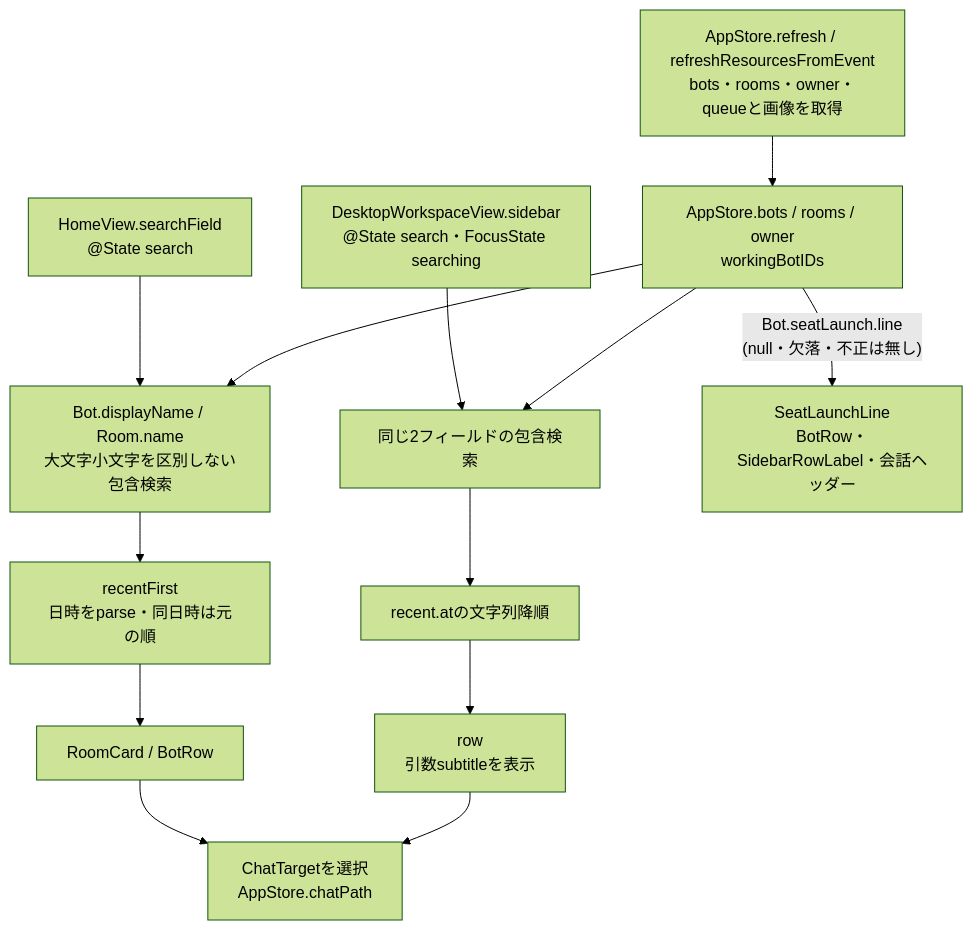
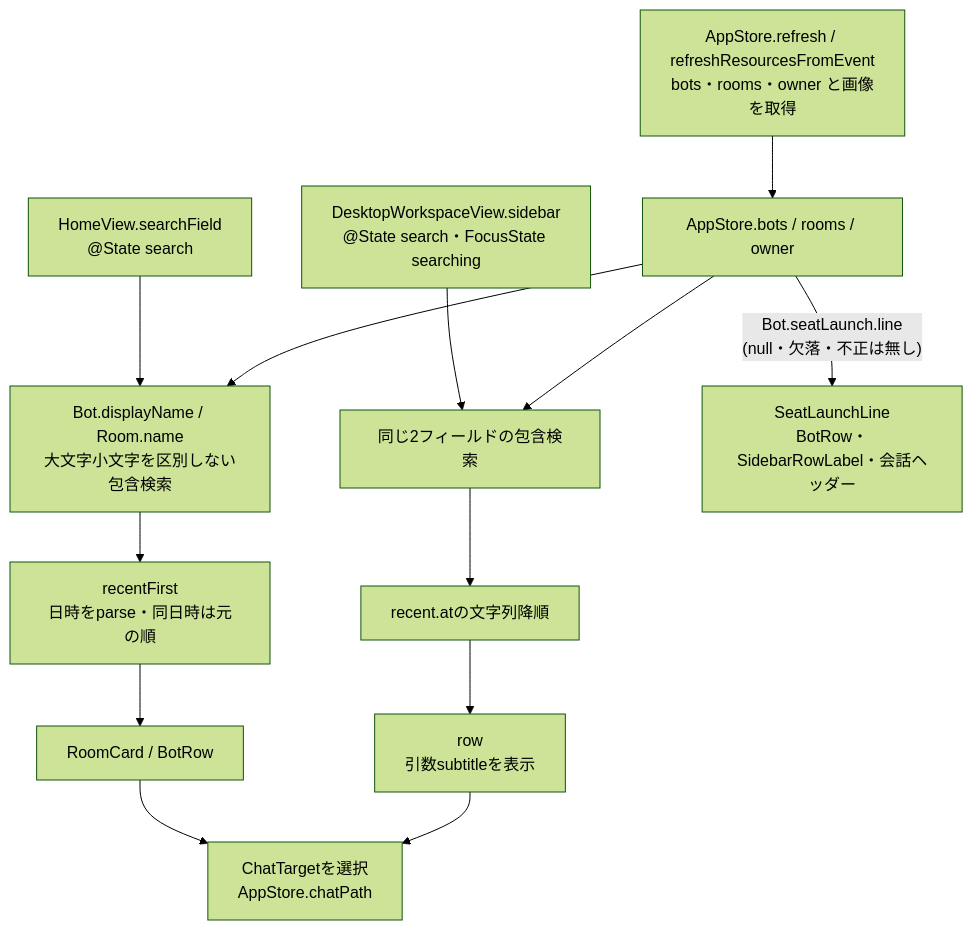
One commit to kitepon/BellTeam changed the first of 3 diagrams in docs/architecture/modules/apple/members-and-rooms.md. Above: the diagram before and after it, drawn with Mermaid (forest theme). The commit also changed other lines of this file and 11 other files, not shown here.

````diff
--- a/docs/architecture/modules/apple/members-and-rooms.md
+++ b/docs/architecture/modules/apple/members-and-rooms.md
@@ -7,15 +7,15 @@
 ```mermaid
 flowchart TD
-  Fetch["AppStore.refresh / refreshResourcesFromEvent<br/>bots・rooms・owner・queueと画像を取得"] --> Models["AppStore.bots / rooms / owner<br/>workingBotIDs"]
+  Fetch["AppStore.refresh / refreshResourcesFromEvent<br/>bots・rooms・owner と画像を取得"] --> Models["AppStore.bots / rooms / owner"]
   PhoneInput["HomeView.searchField<br/>@State search"] --> PhoneFilter["Bot.displayName / Room.name<br/>大文字小文字を区別しない包含検索"]
   WideInput["DesktopWorkspaceView.sidebar<br/>@State search・FocusState searching"] --> WideFilter["同じ2フィールドの包含検索"]
   Models --> PhoneFilter
   Models --> WideFilter
   PhoneFilter --> PhoneOrder["recentFirst<br/>日時をparse・同日時は元の順"]
   WideFilter --> WideOrder["recent.atの文字列降順"]
   PhoneOrder --> PhoneRows["RoomCard / BotRow"]
   WideOrder --> WideRows["row<br/>引数subtitleを表示"]
   Models -->|"Bot.seatLaunch.line<br/>(null・欠落・不正は無し)"| Notice["SeatLaunchLine<br/>BotRow・SidebarRowLabel・会話ヘッダー"]
   PhoneRows --> Nav["ChatTargetを選択<br/>AppStore.chatPath"]
   WideRows --> Nav
 ```
````
